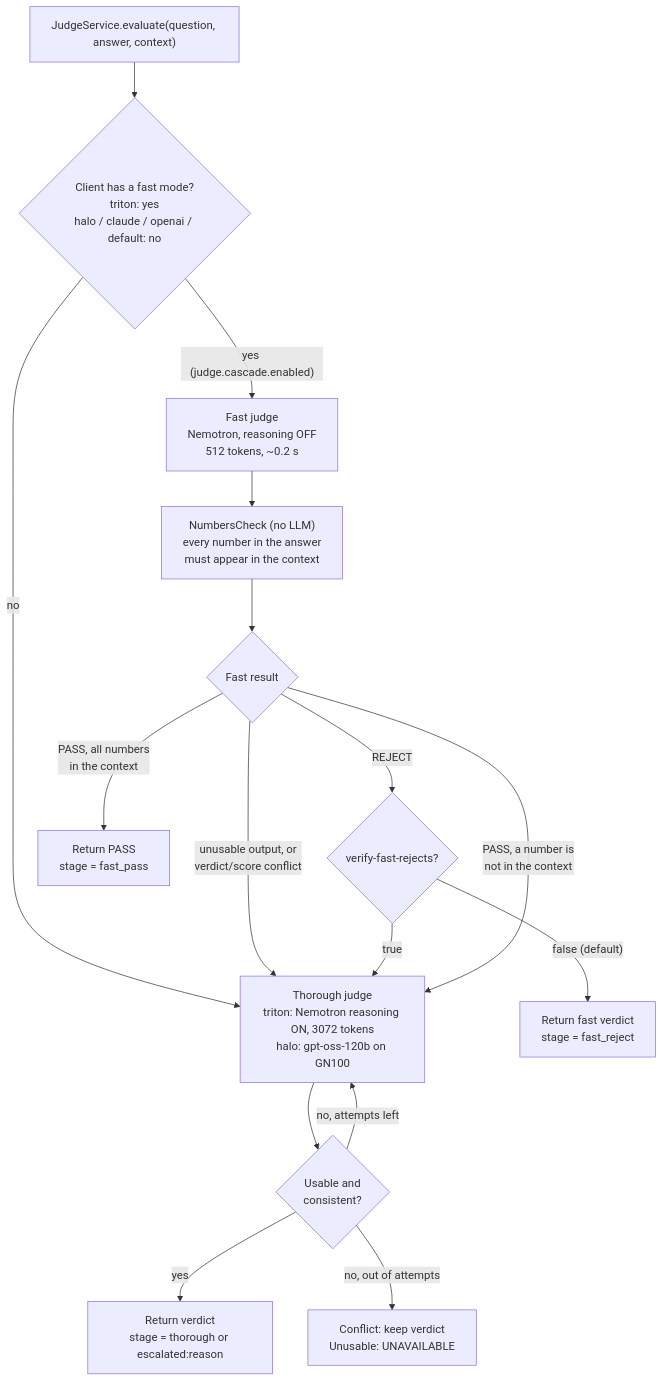
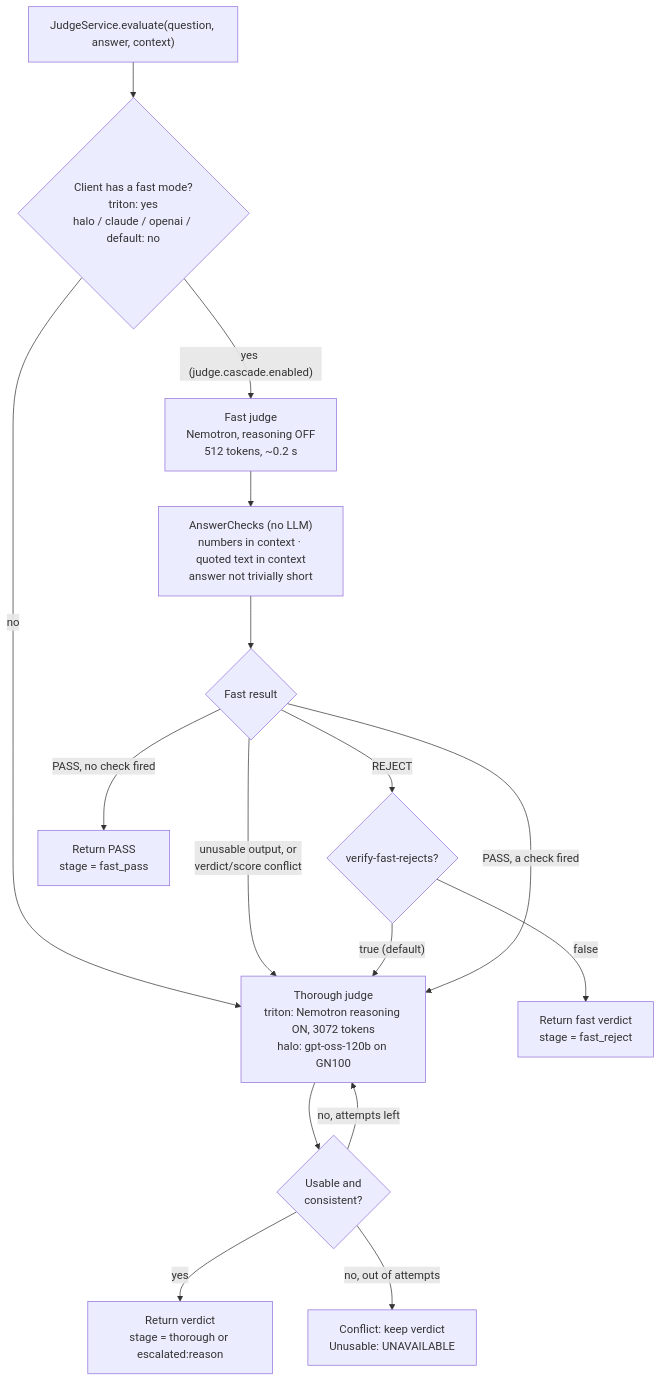
Before and after one commit to madhu335/agentic-rag-platform: the first of 3 diagrams in README.md, drawn with Mermaid. The commit also changed other lines of this file and 13 other files, not shown here.

````diff
--- a/README.md
+++ b/README.md
@@ -147,18 +150,18 @@
 ```mermaid
 flowchart TD
     IN["JudgeService.evaluate(question, answer, context)"] --> HASFAST{"Client has a fast mode?<br/>triton: yes<br/>halo / claude / openai / default: no"}
     HASFAST -- "no" --> THOROUGH
     HASFAST -- "yes (judge.cascade.enabled)" --> FAST["Fast judge<br/>Nemotron, reasoning OFF<br/>512 tokens, ~0.2 s"]
-    FAST --> NUM["NumbersCheck (no LLM)<br/>every number in the answer<br/>must appear in the context"]
+    FAST --> NUM["AnswerChecks (no LLM)<br/>numbers in context · quoted text in context<br/>answer not trivially short"]
     NUM --> FD{"Fast result"}
     FD -- "unusable output, or<br/>verdict/score conflict" --> THOROUGH
     FD -- "REJECT" --> VR{"verify-fast-rejects?"}
-    VR -- "false (default)" --> FR["Return fast verdict<br/>stage = fast_reject"]
-    VR -- "true" --> THOROUGH
-    FD -- "PASS, a number is<br/>not in the context" --> THOROUGH
-    FD -- "PASS, all numbers<br/>in the context" --> FP["Return PASS<br/>stage = fast_pass"]
+    VR -- "false" --> FR["Return fast verdict<br/>stage = fast_reject"]
+    VR -- "true (default)" --> THOROUGH
+    FD -- "PASS, a check fired" --> THOROUGH
+    FD -- "PASS, no check fired" --> FP["Return PASS<br/>stage = fast_pass"]
     THOROUGH["Thorough judge<br/>triton: Nemotron reasoning ON, 3072 tokens<br/>halo: gpt-oss-120b on GN100"] --> TC{"Usable and<br/>consistent?"}
     TC -- "yes" --> TR["Return verdict<br/>stage = thorough or escalated:reason"]
     TC -- "no, attempts left" --> THOROUGH
     TC -- "no, out of attempts" --> TU["Conflict: keep verdict<br/>Unusable: UNAVAILABLE"]
 ```
````
